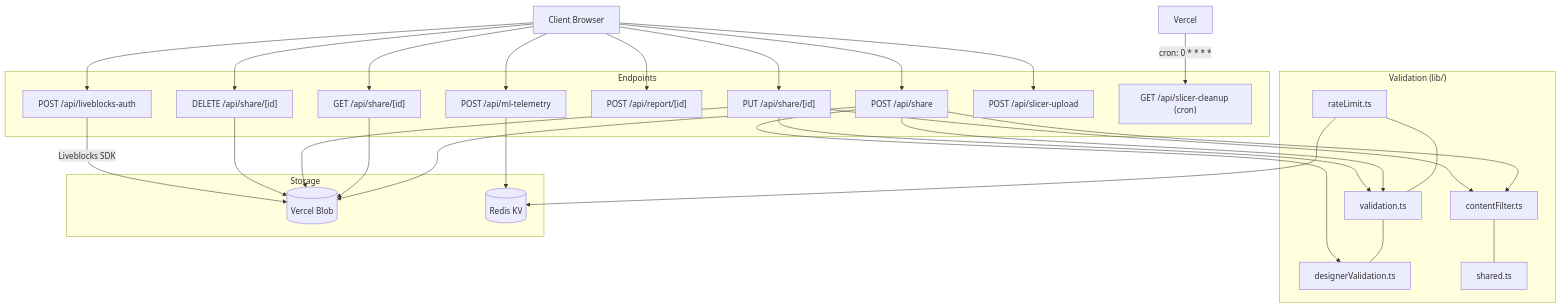
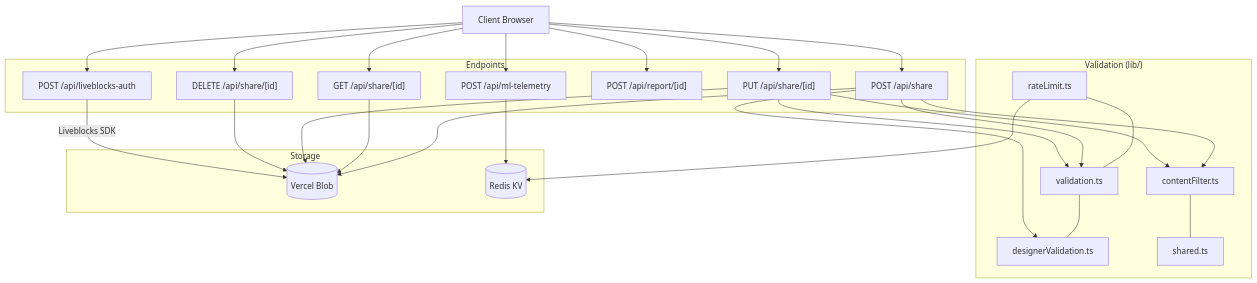
One commit to andymai/gridfinity-layout-tool changed the diagram in api/README.md. Above: the diagram before and after it, drawn with Mermaid. The commit also changed other lines of this file and 38 other files, not shown here.

````diff
--- a/api/README.md
+++ b/api/README.md
@@ -5,36 +5,33 @@
 ```mermaid
 graph TB
     Client[Client Browser]
 
     subgraph "Endpoints"
         POST_S["POST /api/share"]
         GET_S["GET /api/share/[id]"]
         PUT_S["PUT /api/share/[id]"]
         DEL_S["DELETE /api/share/[id]"]
         REPORT["POST /api/report/[id]"]
         AUTH["POST /api/liveblocks-auth"]
         ML["POST /api/ml-telemetry"]
-        UPLOAD["POST /api/slicer-upload"]
-        CLEANUP["GET /api/slicer-cleanup (cron)"]
     end
 
     subgraph "Validation (lib/)"
         RL[rateLimit.ts] --- VAL[validation.ts]
         VAL --- DVAL[designerValidation.ts]
         CF[contentFilter.ts] --- SH[shared.ts]
     end
 
     subgraph "Storage"
         BLOB[(Vercel Blob)]
         REDIS[(Redis KV)]
     end
 
-    Client --> POST_S & GET_S & PUT_S & DEL_S & REPORT & AUTH & ML & UPLOAD
-    Vercel -->|cron: 0 * * * *| CLEANUP
+    Client --> POST_S & GET_S & PUT_S & DEL_S & REPORT & AUTH & ML
     POST_S & PUT_S --> VAL & CF
     POST_S --> DVAL
     RL --> REDIS
     POST_S & GET_S & PUT_S & DEL_S --> BLOB
     ML --> REDIS
     AUTH -->|Liveblocks SDK| BLOB
 ```
````
